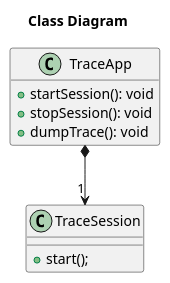
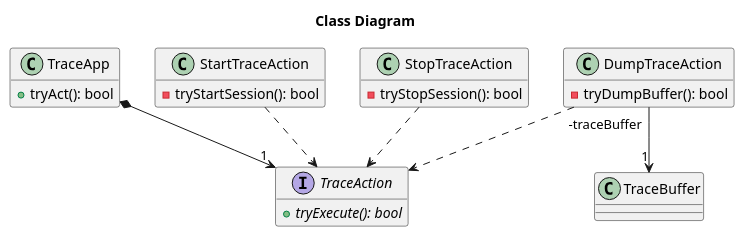
Before and after one commit to littlewhywhat/extrace: the diagram in docs/design/class_domain.puml, drawn with PlantUML. The commit also changed 1 other file, not shown here.

Commit message:
Action done by app

```diff
--- a/docs/design/class_domain.puml
+++ b/docs/design/class_domain.puml
@@ -1,18 +1,41 @@
 @startuml
 
 title Class Diagram
 
 class TraceApp {
-  + startSession(): void
-  + stopSession(): void
-  + dumpTrace(): void
+  + tryAct(): bool
 }
 hide TraceApp fields
 
-TraceApp *--> "1" TraceSession
+TraceApp *--> "1" TraceAction
 
-class TraceSession {
-  + start();
+interface TraceAction {
+  + {abstract} tryExecute(): bool
 }
+hide TraceAction fields
+
+class DumpTraceAction {
+  - tryDumpBuffer(): bool
+}
+hide DumpTraceAction fields
+
+DumpTraceAction ..> TraceAction
+DumpTraceAction "-traceBuffer" --> "1" TraceBuffer
+
+class StartTraceAction {
+  - tryStartSession(): bool
+}
+hide StartTraceAction fields
+
+StartTraceAction ..> TraceAction
+
+class StopTraceAction {
+  - tryStopSession(): bool
+}
+hide StopTraceAction fields
+
+StopTraceAction ..> TraceAction
+
+
 
 @enduml
```
